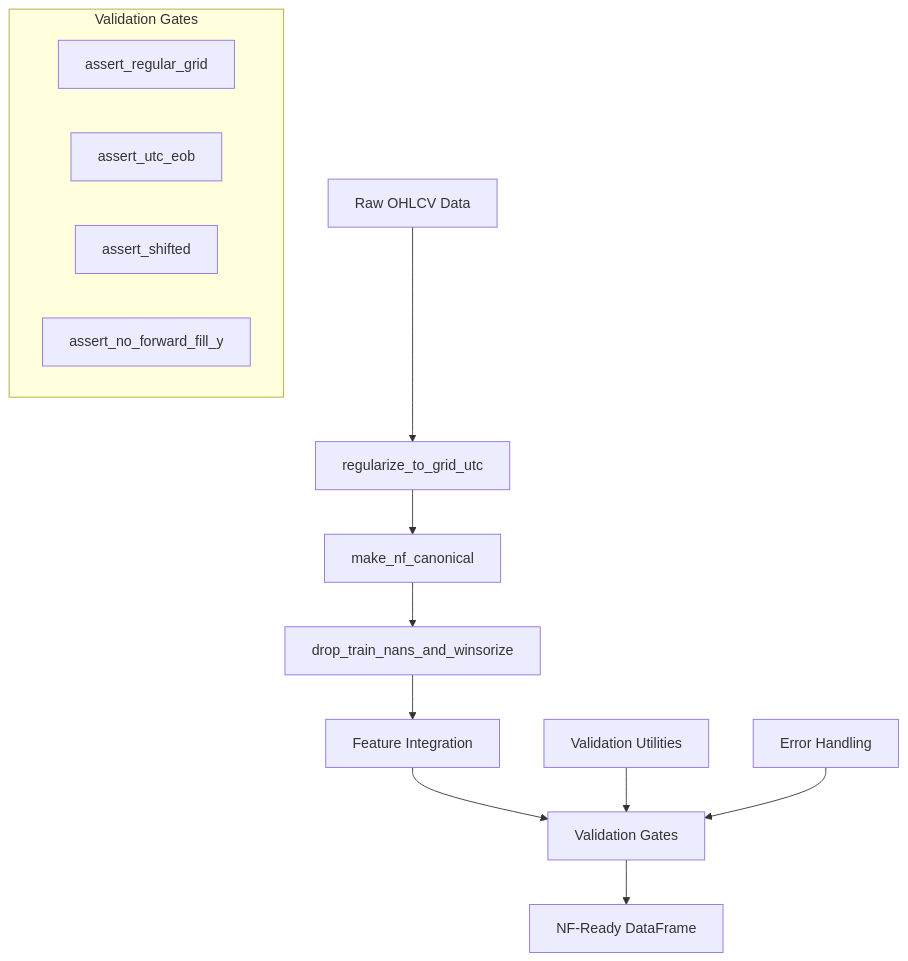
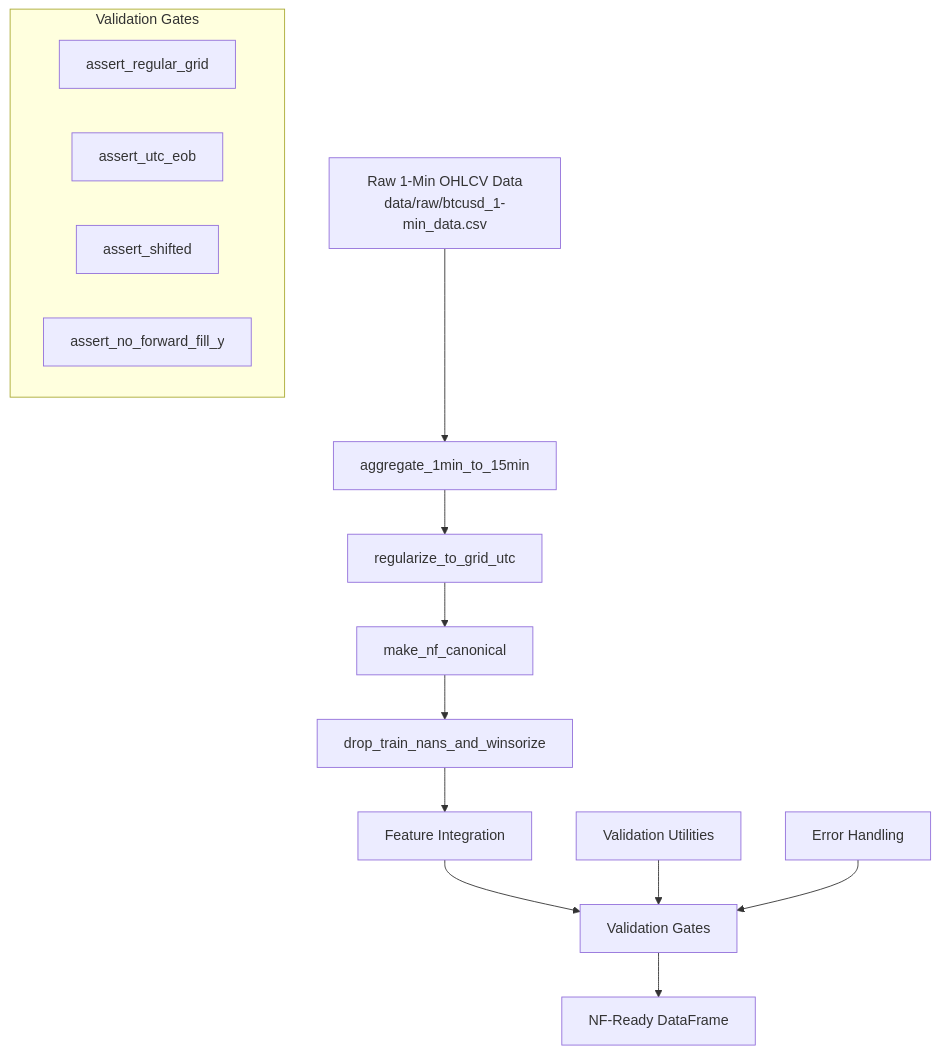
One commit to MattMagg/Neural-Forecast changed the diagram in .kiro/specs/data-processing-validation/design.md. Above: the diagram before and after it, drawn with Mermaid. The commit also changed other lines of this file and 4 other files, not shown here.

First line of the commit message:
fix: Add missing 1-min to 15-min data aggregation to validation spec

````diff
--- a/.kiro/specs/data-processing-validation/design.md
+++ b/.kiro/specs/data-processing-validation/design.md
@@ -13,19 +13,20 @@
 ```mermaid
 graph TD
-    A[Raw OHLCV Data] --> B[regularize_to_grid_utc]
-    B --> C[make_nf_canonical]
-    C --> D[drop_train_nans_and_winsorize]
-    D --> E[Feature Integration]
-    E --> F[Validation Gates]
-    F --> G[NF-Ready DataFrame]
+    A[Raw 1-Min OHLCV Data<br/>data/raw/btcusd_1-min_data.csv] --> B[aggregate_1min_to_15min]
+    B --> C[regularize_to_grid_utc]
+    C --> D[make_nf_canonical]
+    D --> E[drop_train_nans_and_winsorize]
+    E --> F[Feature Integration]
+    F --> G[Validation Gates]
+    G --> H[NF-Ready DataFrame]
     
-    H[Validation Utilities] --> F
-    I[Error Handling] --> F
+    I[Validation Utilities] --> G
+    J[Error Handling] --> G
     
     subgraph "Validation Gates"
-        F1[assert_regular_grid]
-        F2[assert_utc_eob]
-        F3[assert_shifted]
-        F4[assert_no_forward_fill_y]
+        G1[assert_regular_grid]
+        G2[assert_utc_eob]
+        G3[assert_shifted]
+        G4[assert_no_forward_fill_y]
     end
 ```
````
